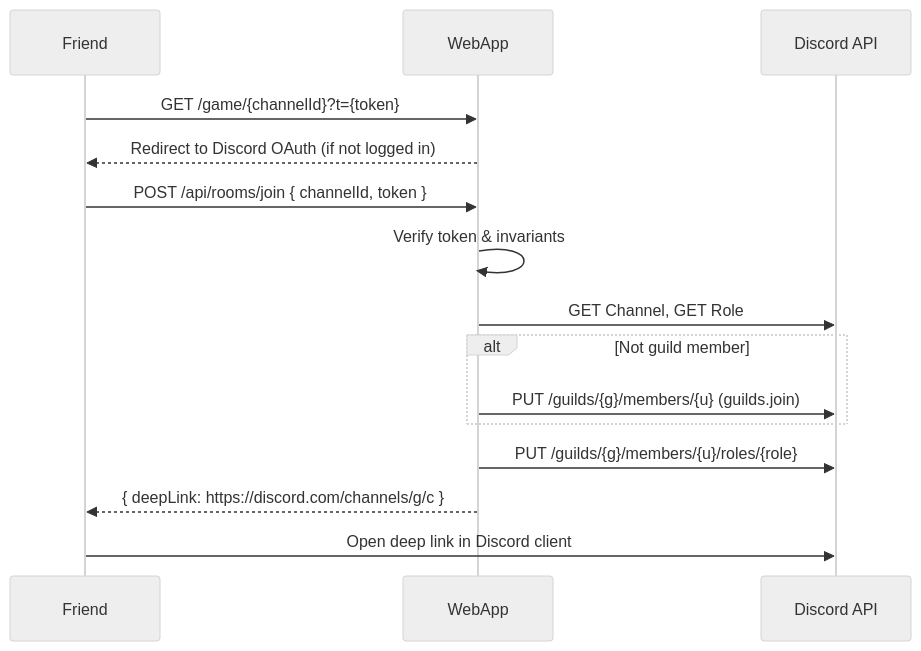
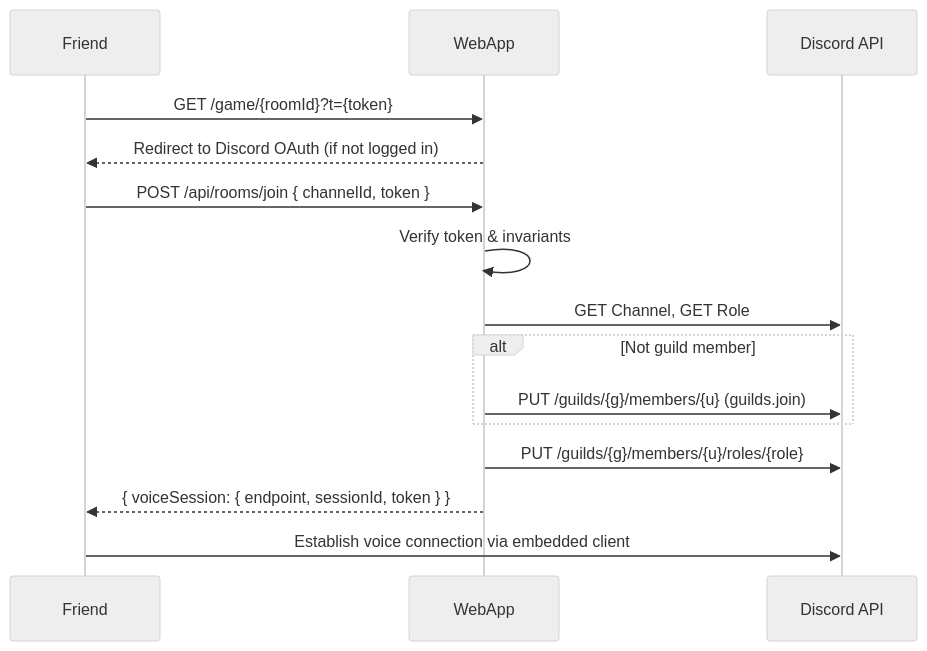
One commit to FrimJo/spell-coven-mono changed the diagram in specs/015-discord-private-voice-rooms/spec.md. Above: the diagram before and after it, drawn with Mermaid (neutral theme). The commit also changed other lines of this file, not shown here.

First line of the commit message:
feat: migrate to in-app voice sessions for private rooms

````diff
--- a/specs/015-discord-private-voice-rooms/spec.md
+++ b/specs/015-discord-private-voice-rooms/spec.md
@@ -319,17 +316,17 @@
 ```mermaid
 sequenceDiagram
     participant Friend
     participant WebApp
     participant DiscordAPI as Discord API
-    Friend->>WebApp: GET /game/{channelId}?t={token}
+    Friend->>WebApp: GET /game/{roomId}?t={token}
     WebApp-->>Friend: Redirect to Discord OAuth (if not logged in)
     Friend->>WebApp: POST /api/rooms/join { channelId, token }
     WebApp->>WebApp: Verify token & invariants
     WebApp->>DiscordAPI: GET Channel, GET Role
     alt Not guild member
         WebApp->>DiscordAPI: PUT /guilds/{g}/members/{u} (guilds.join)
     end
     WebApp->>DiscordAPI: PUT /guilds/{g}/members/{u}/roles/{role}
-    WebApp-->>Friend: { deepLink: https://discord.com/channels/g/c }
-    Friend->>DiscordAPI: Open deep link in Discord client
+    WebApp-->>Friend: { voiceSession: { endpoint, sessionId, token } }
+    Friend->>DiscordAPI: Establish voice connection via embedded client
 ```
````
